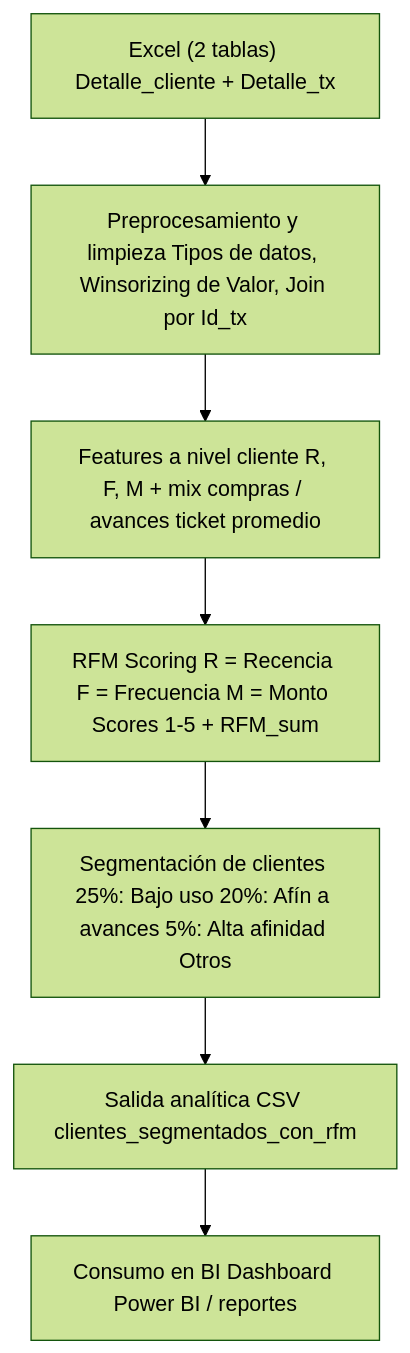
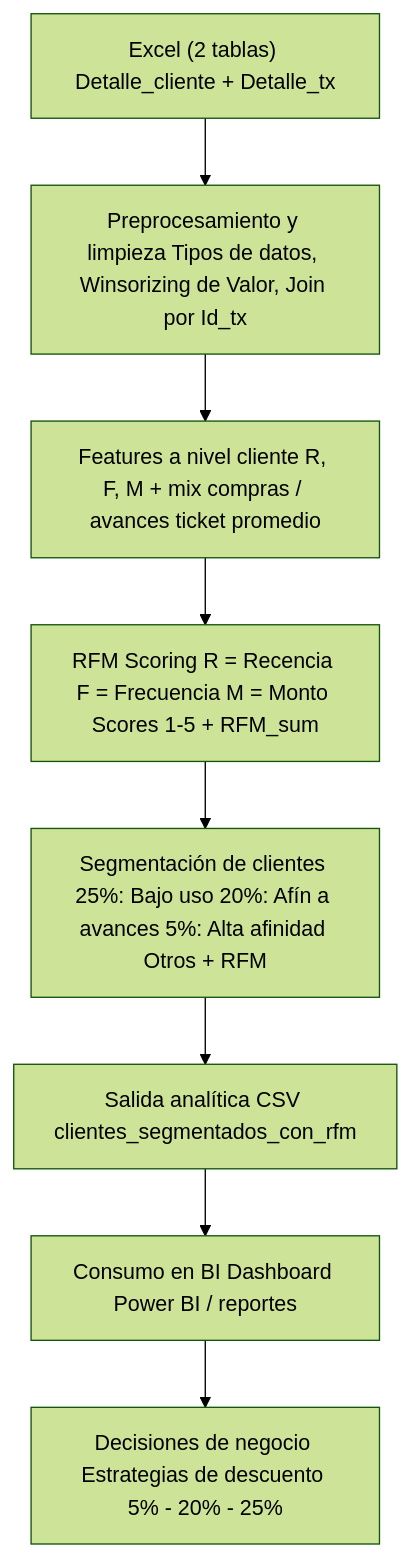
One commit to karenciaAO/prueba-tecnica-bi-portafolio-clientes changed the diagram in README.md. Above: the diagram before and after it, drawn with Mermaid (forest theme). The commit also changed other lines of this file, not shown here.

````diff
--- a/README.md
+++ b/README.md
@@ -31,14 +12,16 @@
 ```mermaid
 flowchart TD
     A["Excel (2 tablas) Detalle_cliente + Detalle_tx"] --> B["Preprocesamiento y limpieza Tipos de datos, Winsorizing de Valor, Join por Id_tx"]
 
     B --> C["Features a nivel cliente R, F, M + mix compras / avances ticket promedio"]
 
     C --> D["RFM Scoring R = Recencia F = Frecuencia M = Monto Scores 1-5 + RFM_sum"]
 
-    D --> E["Segmentación de clientes 25%: Bajo uso 20%: Afín a avances 5%: Alta afinidad Otros"]
+    D --> E["Segmentación de clientes 25%: Bajo uso 20%: Afín a avances 5%: Alta afinidad Otros + RFM"]
 
     E --> F["Salida analítica CSV clientes_segmentados_con_rfm"]
 
     F --> G["Consumo en BI Dashboard Power BI / reportes"]
+
+    G --> H["Decisiones de negocio Estrategias de descuento 5% - 20% - 25%"]
 ```
````
